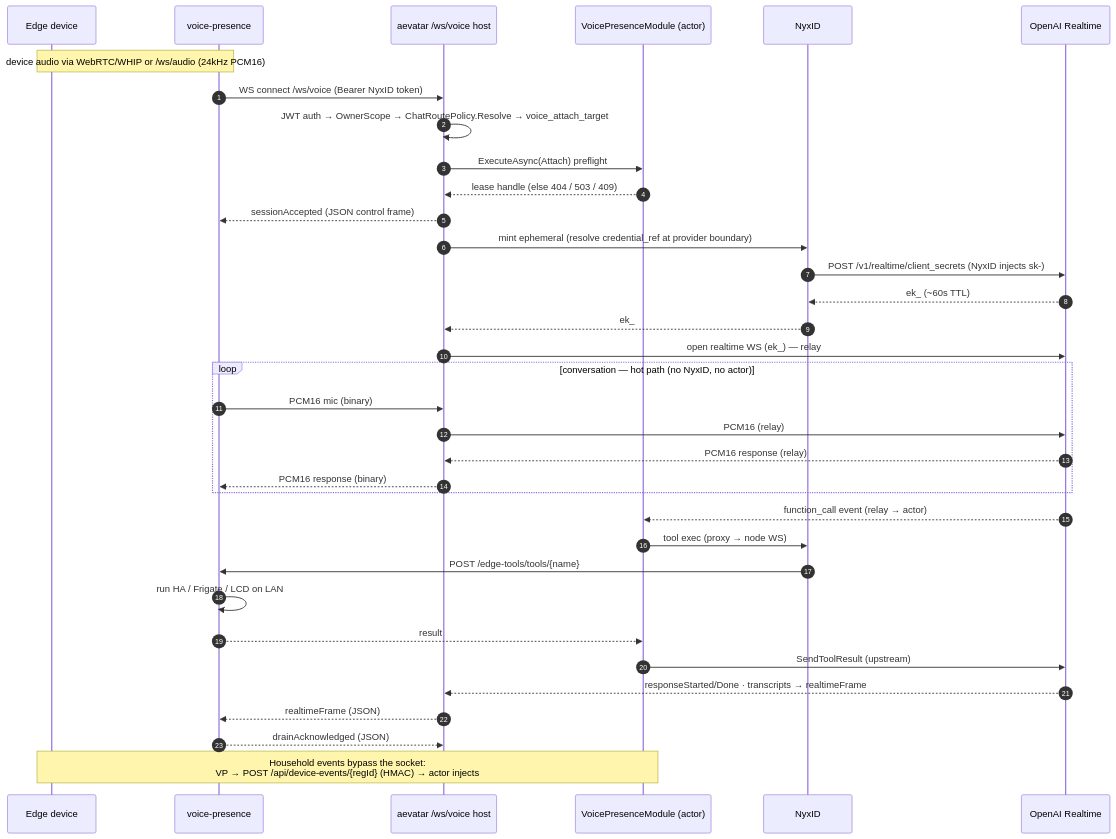
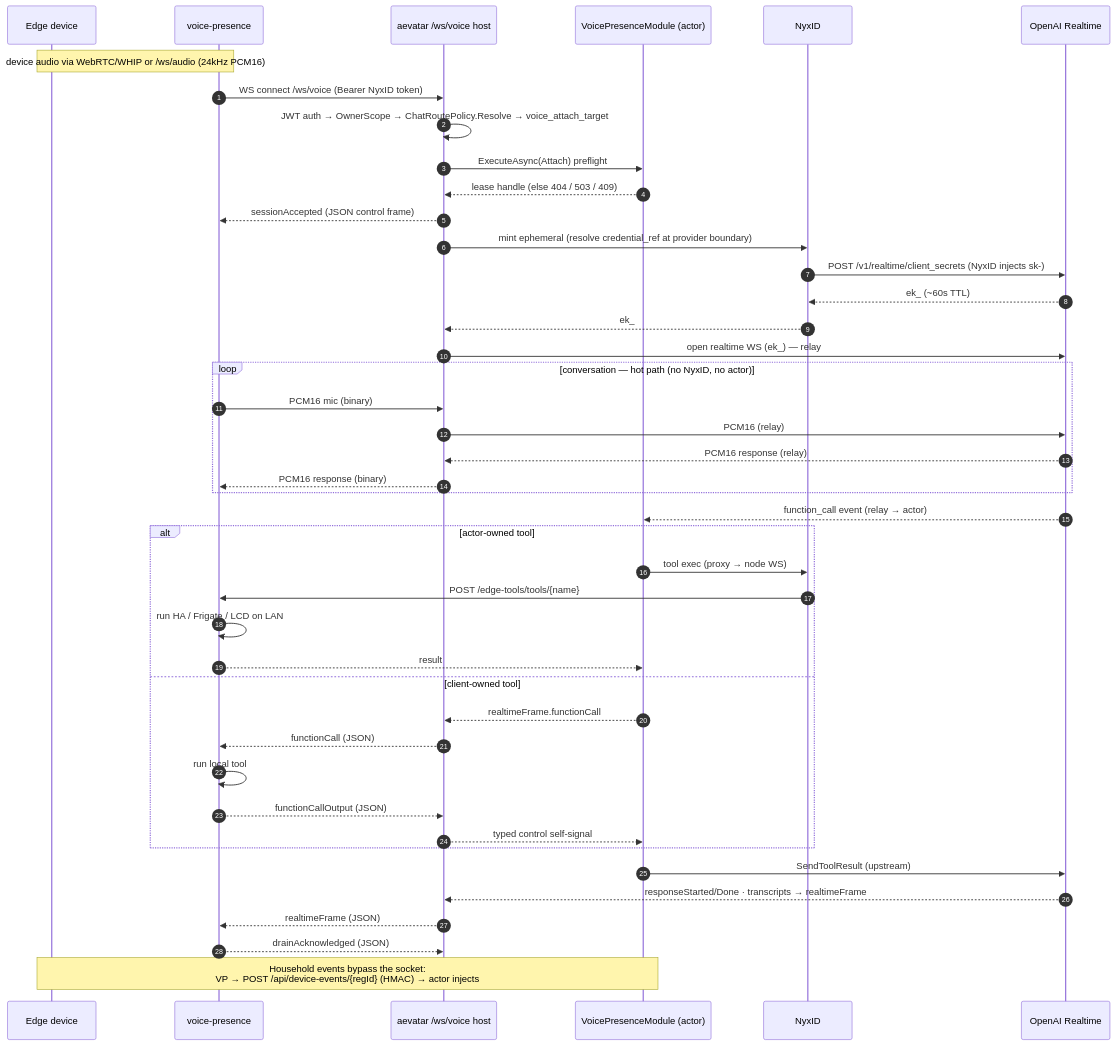
The second of 2 diagrams in docs/canon/voice-presence-integration.md (aevatarAI/aevatar), drawn with Mermaid before and after one commit. The commit also changed other lines of this file and 9 other files, not shown here.

````diff
--- a/docs/canon/voice-presence-integration.md
+++ b/docs/canon/voice-presence-integration.md
@@ -153,39 +162,47 @@
 ```mermaid
 %%{init: {"maxTextSize": 100000, "sequence": {"useMaxWidth": false}, "themeVariables": {"fontSize": "10px"}}}%%
 sequenceDiagram
   autonumber
   participant D as Edge device
   participant VP as voice-presence
   participant H as aevatar /ws/voice host
   participant A as VoicePresenceModule (actor)
   participant N as NyxID
   participant O as OpenAI Realtime
 
   Note over D,VP: device audio via WebRTC/WHIP or /ws/audio (24kHz PCM16)
   VP->>H: WS connect /ws/voice (Bearer NyxID token)
   H->>H: JWT auth → OwnerScope → ChatRoutePolicy.Resolve → voice_attach_target
   H->>A: ExecuteAsync(Attach) preflight
   A-->>H: lease handle (else 404 / 503 / 409)
   H-->>VP: sessionAccepted (JSON control frame)
   H->>N: mint ephemeral (resolve credential_ref at provider boundary)
   N->>O: POST /v1/realtime/client_secrets (NyxID injects sk-)
   O-->>N: ek_ (~60s TTL)
   N-->>H: ek_
   H->>O: open realtime WS (ek_) — relay
   loop conversation — hot path (no NyxID, no actor)
     VP->>H: PCM16 mic (binary)
     H->>O: PCM16 (relay)
     O-->>H: PCM16 response (relay)
     H-->>VP: PCM16 response (binary)
   end
   O-->>A: function_call event (relay → actor)
-  A->>N: tool exec (proxy → node WS)
-  N->>VP: POST /edge-tools/tools/{name}
-  VP->>VP: run HA / Frigate / LCD on LAN
-  VP-->>A: result
+  alt actor-owned tool
+    A->>N: tool exec (proxy → node WS)
+    N->>VP: POST /edge-tools/tools/{name}
+    VP->>VP: run HA / Frigate / LCD on LAN
+    VP-->>A: result
+  else client-owned tool
+    A-->>H: realtimeFrame.functionCall
+    H-->>VP: functionCall (JSON)
+    VP->>VP: run local tool
+    VP-->>H: functionCallOutput (JSON)
+    H-->>A: typed control self-signal
+  end
   A->>O: SendToolResult (upstream)
   O-->>H: responseStarted/Done · transcripts → realtimeFrame
   H-->>VP: realtimeFrame (JSON)
   VP-->>H: drainAcknowledged (JSON)
   Note over D,A: Household events bypass the socket:<br/>VP → POST /api/device-events/{regId} (HMAC) → actor injects
 ```
````
